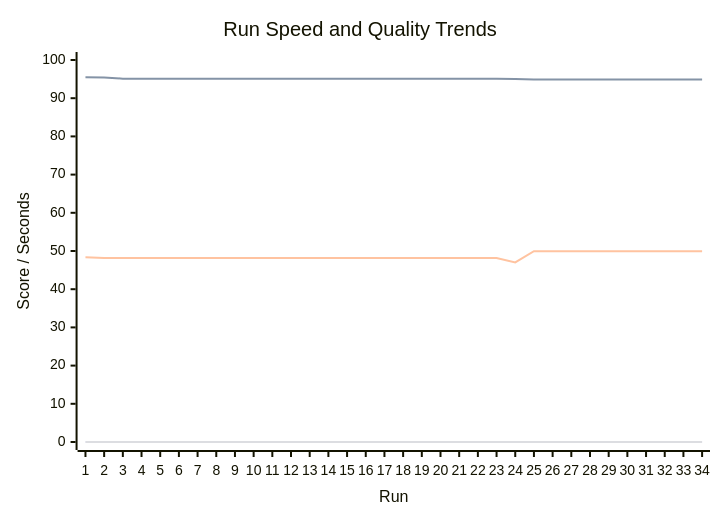
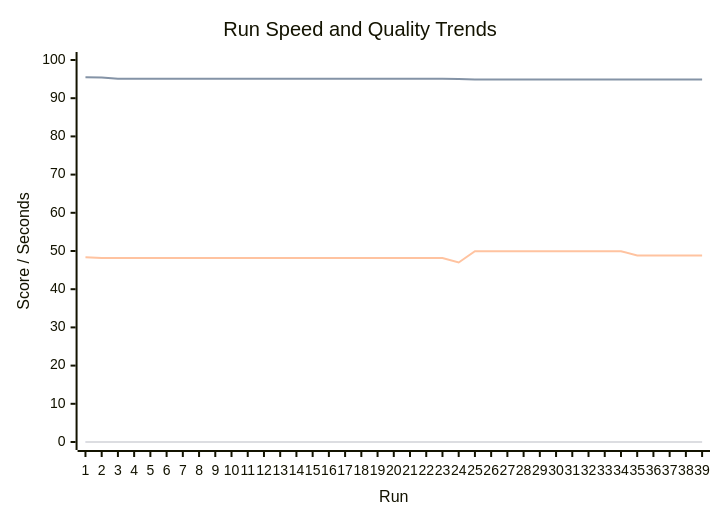
One commit to Jit-Paul-2008/Hexamind changed the first of 2 diagrams in reports-versioned/aggregated/run-results-dashboard.md. Above: the diagram before and after it, drawn with Mermaid. The commit also changed other lines of this file and 67 other files, not shown here.

````diff
--- a/reports-versioned/aggregated/run-results-dashboard.md
+++ b/reports-versioned/aggregated/run-results-dashboard.md
@@ -11,11 +11,11 @@
 ```mermaid
 xychart-beta
     title "Run Speed and Quality Trends"
-    x-axis "Run" [1, 2, 3, 4, 5, 6, 7, 8, 9, 10, 11, 12, 13, 14, 15, 16, 17, 18, 19, 20, 21, 22, 23, 24, 25, 26, 27, 28, 29, 30, 31, 32, 33, 34]
+    x-axis "Run" [1, 2, 3, 4, 5, 6, 7, 8, 9, 10, 11, 12, 13, 14, 15, 16, 17, 18, 19, 20, 21, 22, 23, 24, 25, 26, 27, 28, 29, 30, 31, 32, 33, 34, 35, 36, 37, 38, 39]
     y-axis "Score / Seconds" 0 --> 100
-    line "Accuracy" [0.0, 0.0, 0.0, 0.0, 0.0, 0.0, 0.0, 0.0, 0.0, 0.0, 0.0, 0.0, 0.0, 0.0, 0.0, 0.0, 0.0, 0.0, 0.0, 0.0, 0.0, 0.0, 0.0, 0.0, 0.0, 0.0, 0.0, 0.0, 0.0, 0.0, 0.0, 0.0, 0.0, 0.0]
-    line "Human-like" [95.51, 95.42, 95.12, 95.12, 95.12, 95.12, 95.12, 95.12, 95.12, 95.12, 95.12, 95.12, 95.12, 95.12, 95.12, 95.12, 95.12, 95.12, 95.12, 95.12, 95.12, 95.12, 95.12, 95.02, 94.92, 94.92, 94.91, 94.91, 94.91, 94.91, 94.91, 94.91, 94.91, 94.91]
-    line "Usefulness" [48.39, 48.2, 48.17, 48.17, 48.17, 48.17, 48.17, 48.17, 48.17, 48.17, 48.17, 48.17, 48.17, 48.17, 48.17, 48.17, 48.17, 48.17, 48.17, 48.17, 48.17, 48.17, 48.17, 47.0, 49.95, 49.95, 49.95, 49.95, 49.95, 49.95, 49.95, 49.95, 49.95, 49.95]
-    line "HumanReview" [0.0, 0.0, 0.0, 0.0, 0.0, 0.0, 0.0, 0.0, 0.0, 0.0, 0.0, 0.0, 0.0, 0.0, 0.0, 0.0, 0.0, 0.0, 0.0, 0.0, 0.0, 0.0, 0.0, 0.0, 0.0, 0.0, 0.0, 0.0, 0.0, 0.0, 0.0, 0.0, 0.0, 0.0]
-    line "SpeedSeconds" [187.48, 238.47, 237.45, 236.94, 236.7, 236.62, 236.35, 236.35, 236.43, 236.48, 236.36, 236.37, 236.38, 236.58, 236.46, 236.59, 236.56, 236.52, 236.52, 236.42, 236.44, 236.67, 237.16, 236.71, 235.91, 236.19, 235.87, 235.0, 235.01, 234.94, 234.99, 235.07, 235.17, 235.66]
+    line "Accuracy" [0.0, 0.0, 0.0, 0.0, 0.0, 0.0, 0.0, 0.0, 0.0, 0.0, 0.0, 0.0, 0.0, 0.0, 0.0, 0.0, 0.0, 0.0, 0.0, 0.0, 0.0, 0.0, 0.0, 0.0, 0.0, 0.0, 0.0, 0.0, 0.0, 0.0, 0.0, 0.0, 0.0, 0.0, 0.0, 0.0, 0.0, 0.0, 0.0]
+    line "Human-like" [95.51, 95.42, 95.12, 95.12, 95.12, 95.12, 95.12, 95.12, 95.12, 95.12, 95.12, 95.12, 95.12, 95.12, 95.12, 95.12, 95.12, 95.12, 95.12, 95.12, 95.12, 95.12, 95.12, 95.02, 94.92, 94.92, 94.91, 94.91, 94.91, 94.91, 94.91, 94.91, 94.91, 94.91, 94.91, 94.91, 94.91, 94.91, 94.91]
+    line "Usefulness" [48.39, 48.2, 48.17, 48.17, 48.17, 48.17, 48.17, 48.17, 48.17, 48.17, 48.17, 48.17, 48.17, 48.17, 48.17, 48.17, 48.17, 48.17, 48.17, 48.17, 48.17, 48.17, 48.17, 47.0, 49.95, 49.95, 49.95, 49.95, 49.95, 49.95, 49.95, 49.95, 49.95, 49.95, 48.83, 48.83, 48.83, 48.83, 48.83]
+    line "HumanReview" [0.0, 0.0, 0.0, 0.0, 0.0, 0.0, 0.0, 0.0, 0.0, 0.0, 0.0, 0.0, 0.0, 0.0, 0.0, 0.0, 0.0, 0.0, 0.0, 0.0, 0.0, 0.0, 0.0, 0.0, 0.0, 0.0, 0.0, 0.0, 0.0, 0.0, 0.0, 0.0, 0.0, 0.0, 0.0, 0.0, 0.0, 0.0, 0.0]
+    line "SpeedSeconds" [187.48, 238.47, 237.45, 236.94, 236.7, 236.62, 236.35, 236.35, 236.43, 236.48, 236.36, 236.37, 236.38, 236.58, 236.46, 236.59, 236.56, 236.52, 236.52, 236.42, 236.44, 236.67, 237.16, 236.71, 235.91, 236.19, 235.87, 235.0, 235.01, 234.94, 234.99, 235.07, 235.17, 235.66, 235.28, 235.4, 235.01, 235.0, 235.78]
 ```
````
